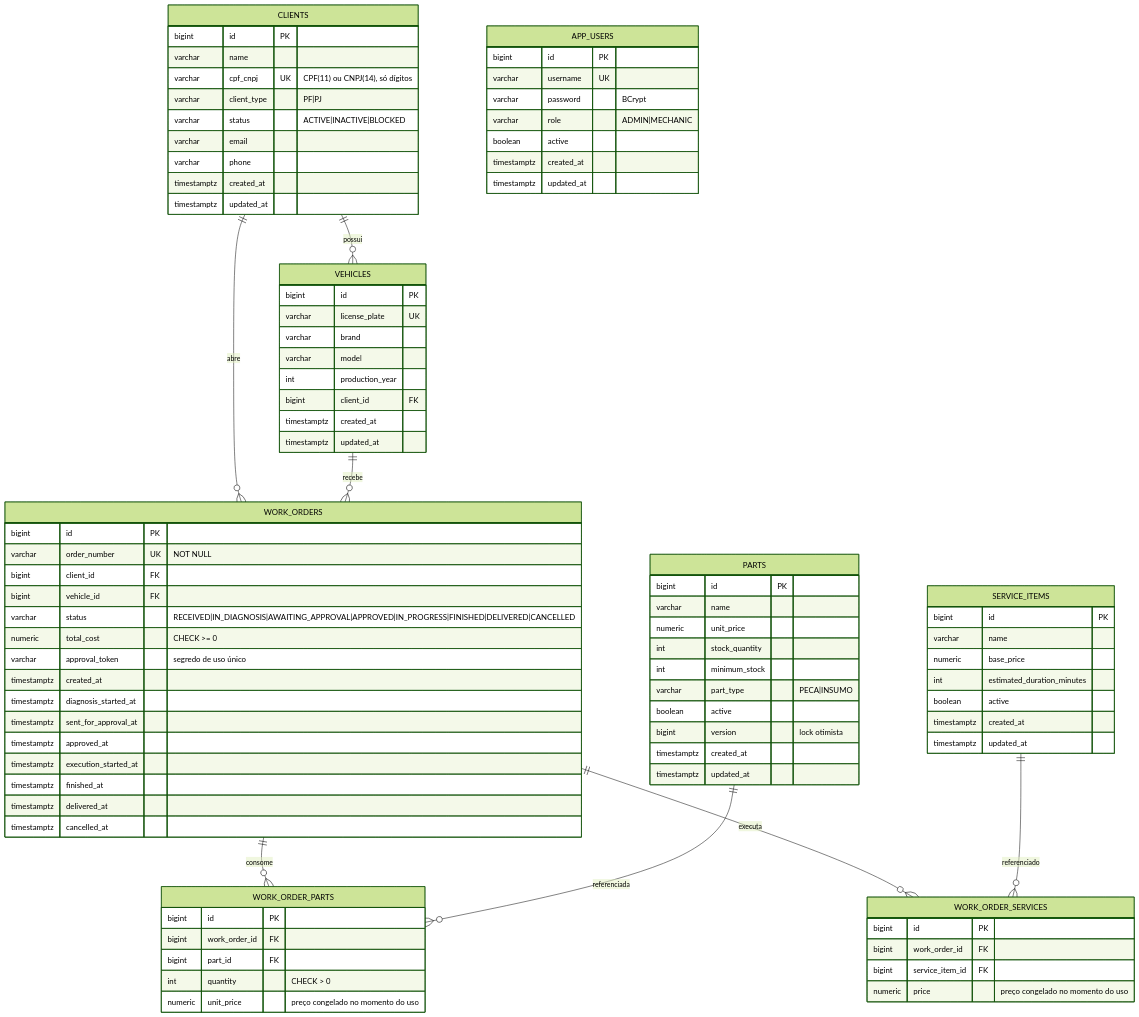
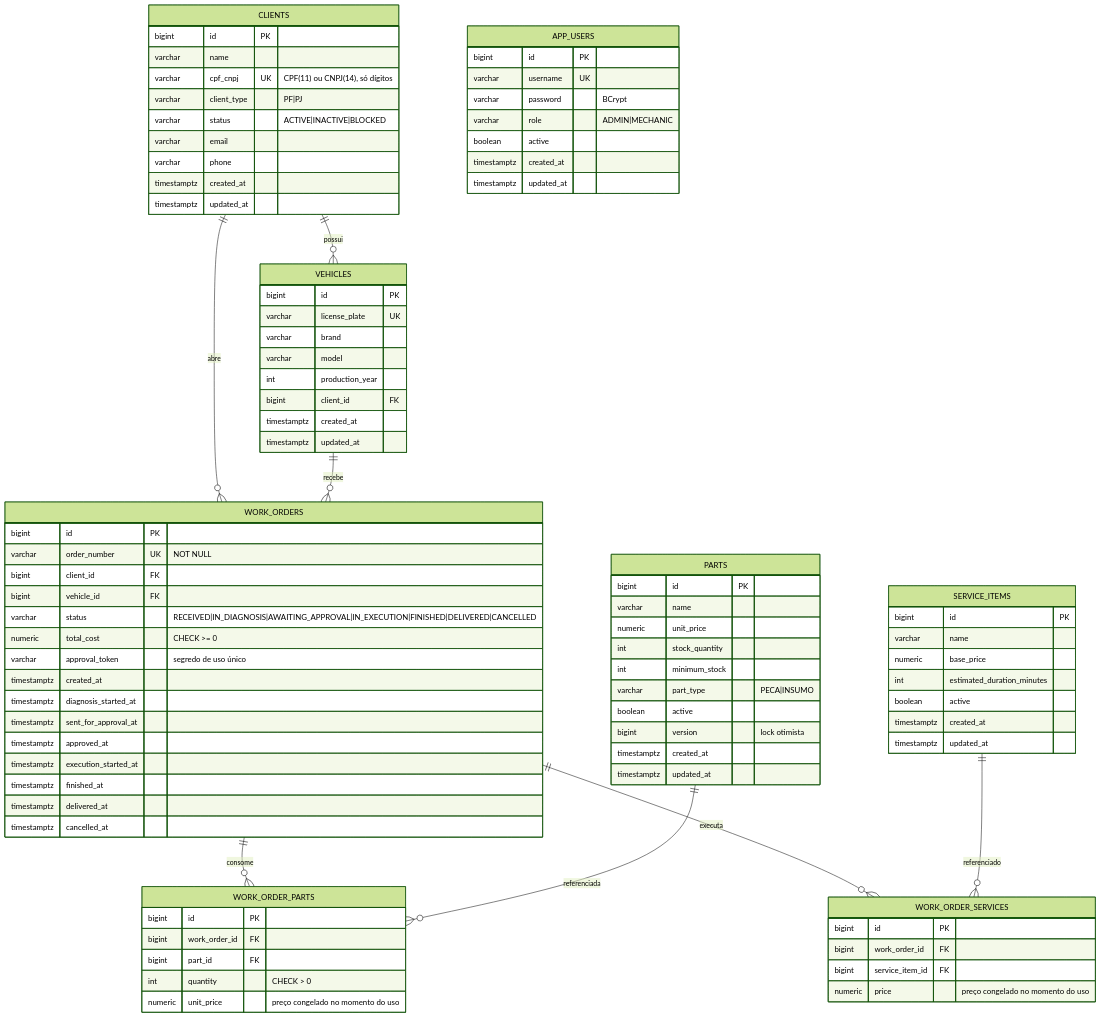
One commit to victor-duarte-mendonca/oficina-app changed the diagram in docs/erd.md. Above: the diagram before and after it, drawn with Mermaid (forest theme). The commit also changed 11 other files, not shown here.

```diff
--- a/docs/erd.md
+++ b/docs/erd.md
@@ -41,7 +41,7 @@
         varchar order_number UK "NOT NULL"
         bigint client_id FK
         bigint vehicle_id FK
-        varchar status "RECEIVED|IN_DIAGNOSIS|AWAITING_APPROVAL|APPROVED|IN_PROGRESS|FINISHED|DELIVERED|CANCELLED"
+        varchar status "RECEIVED|IN_DIAGNOSIS|AWAITING_APPROVAL|IN_EXECUTION|FINISHED|DELIVERED|CANCELLED"
         numeric total_cost "CHECK >= 0"
         varchar approval_token "segredo de uso único"
         timestamptz created_at
```
